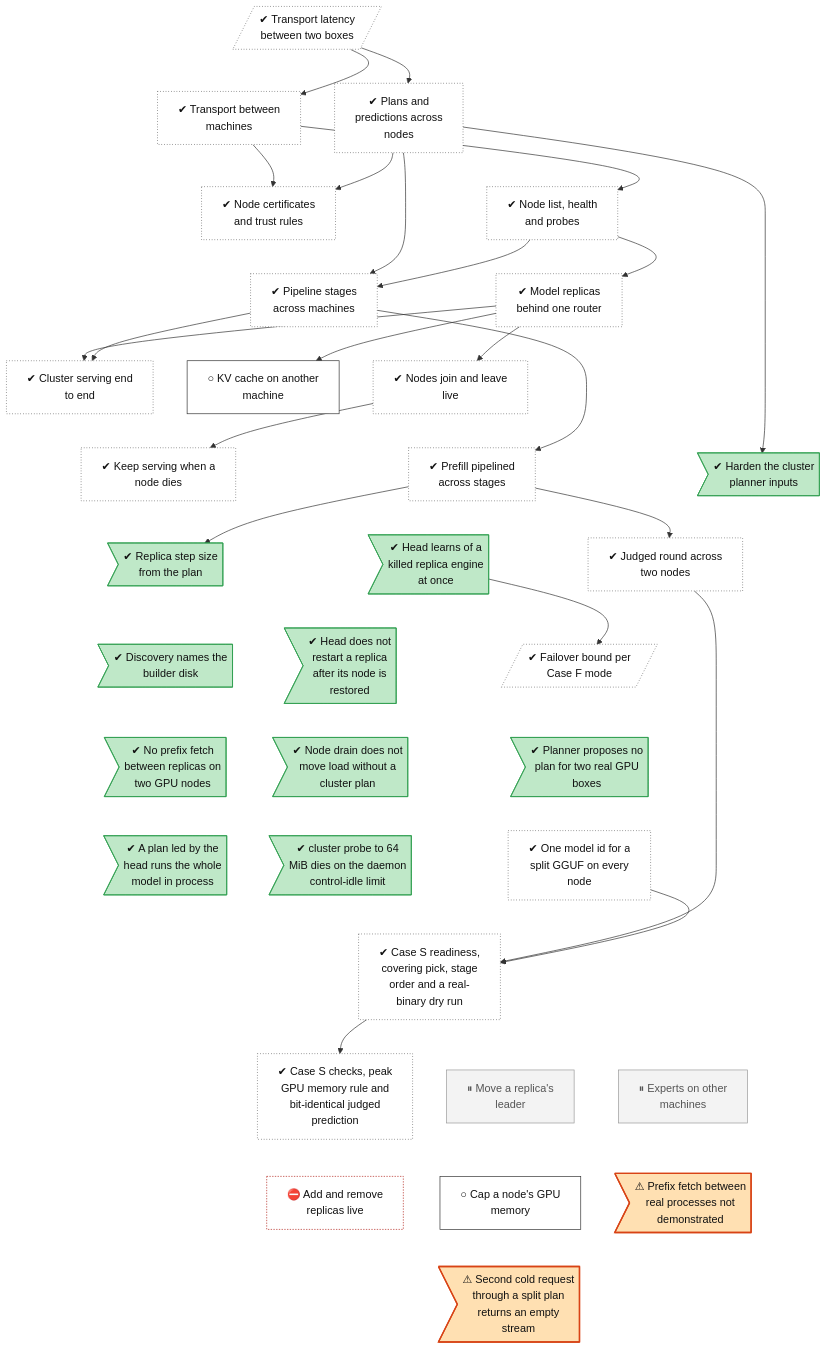
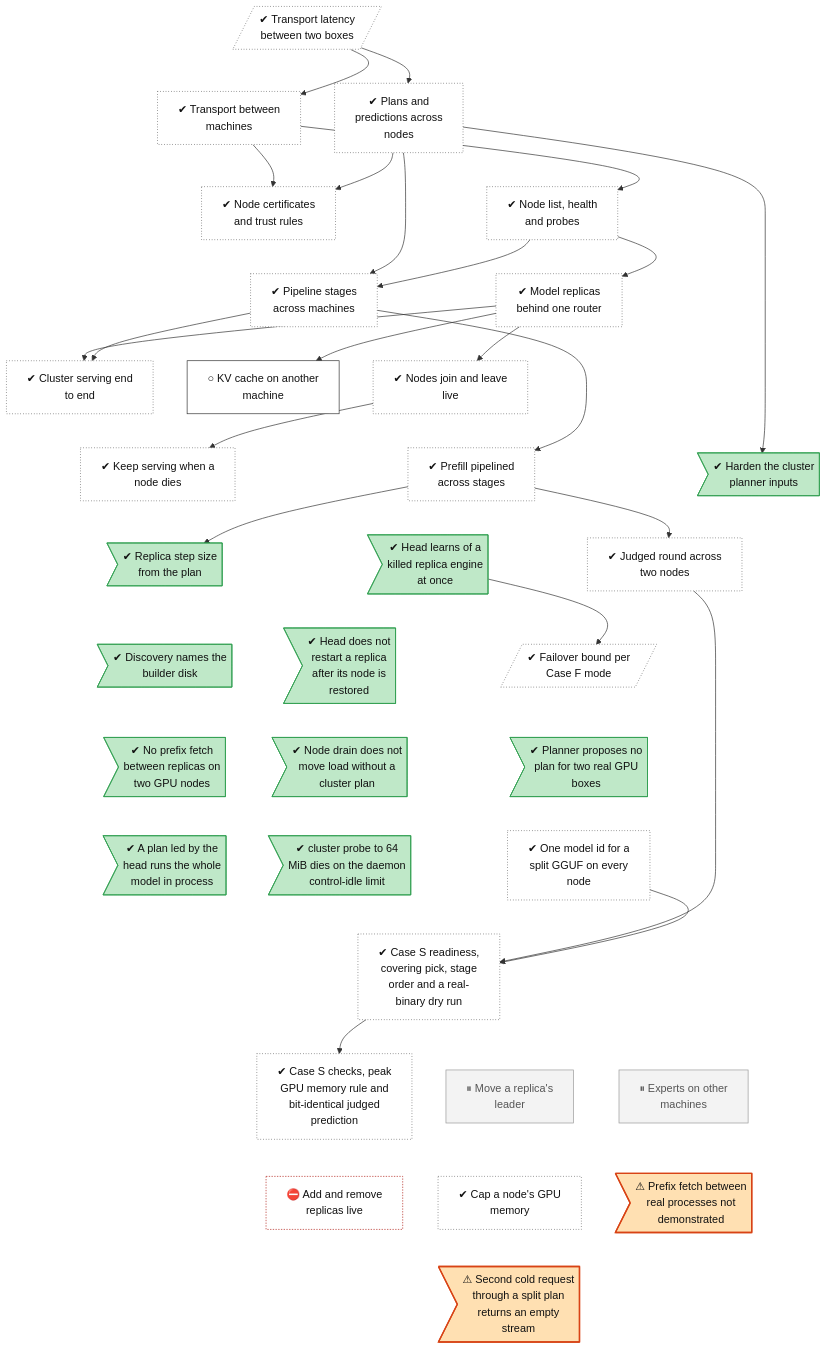
The diagram in docs/roadmap/tracks/cluster.md (lhns/tetraeder), drawn with Mermaid before and after one commit. The commit also changed other lines of this file and 2 other files, not shown here.

Commit message:
Phase 6 GPU cap and prior in cluster profile (ADR 0091): tree node done; not measured

```diff
--- a/docs/roadmap/tracks/cluster.md
+++ b/docs/roadmap/tracks/cluster.md
@@ -39,7 +39,7 @@
     cluster_leader_move["⏸ Move a replica's<br/>leader"]
     cluster_experts_nodes["⏸ Experts on other<br/>machines"]
     cluster_replica_scaling["⛔ Add and remove<br/>replicas live"]
-    cluster_profile_gpu_cap["○ Cap a node's GPU<br/>memory"]
+    cluster_profile_gpu_cap["✔ Cap a node's GPU<br/>memory"]
     cluster_prefix_fetch_not_observed>"⚠ Prefix fetch between<br/>real processes not<br/>demonstrated"]
     cluster_second_cold_request_empty>"⚠ Second cold request<br/>through a split plan<br/>returns an empty<br/>stream"]
     cluster_transport_wan ~~~ cluster_transport
@@ -113,8 +113,8 @@
     classDef decided fill:#ece0f7,stroke:#7b3fb5,stroke-dasharray:2 2,color:#111
     classDef finding fill:#ffe0b2,stroke:#d84315,stroke-width:2px,color:#111
     classDef waiting fill:#e3f2fd,stroke:#1f6fc5,stroke-dasharray:5 5,color:#111
-    class cluster_transport_wan,cluster_transport,cluster_planner,cluster_mtls,cluster_discovery,cluster_pipeline_nodes,cluster_replicas,cluster_integration,cluster_join_leave,cluster_failover,cluster_pipeline_prefill,cluster_judged_round_cmd,cluster_failover_bound,cluster_sharded_model_id,cluster_case_s_ready,cluster_case_s_checks unrated
-    class cluster_remote_kv,cluster_profile_gpu_cap next
+    class cluster_transport_wan,cluster_transport,cluster_planner,cluster_mtls,cluster_discovery,cluster_pipeline_nodes,cluster_replicas,cluster_integration,cluster_join_leave,cluster_failover,cluster_pipeline_prefill,cluster_judged_round_cmd,cluster_failover_bound,cluster_sharded_model_id,cluster_case_s_ready,cluster_case_s_checks,cluster_profile_gpu_cap unrated
+    class cluster_remote_kv next
     class cluster_planner_hardening,cluster_step_tokens_from_plan,cluster_mode1_detection,cluster_discovery_disk_names,cluster_rejoin_after_restore,cluster_prefix_fetch_not_triggered,cluster_plan_source_gpu_segments,cluster_drain_without_plan,cluster_head_led_plan_ignores_segments,cluster_probe_control_idle succ
     class cluster_leader_move,cluster_experts_nodes parked
     class cluster_replica_scaling blocked
```
